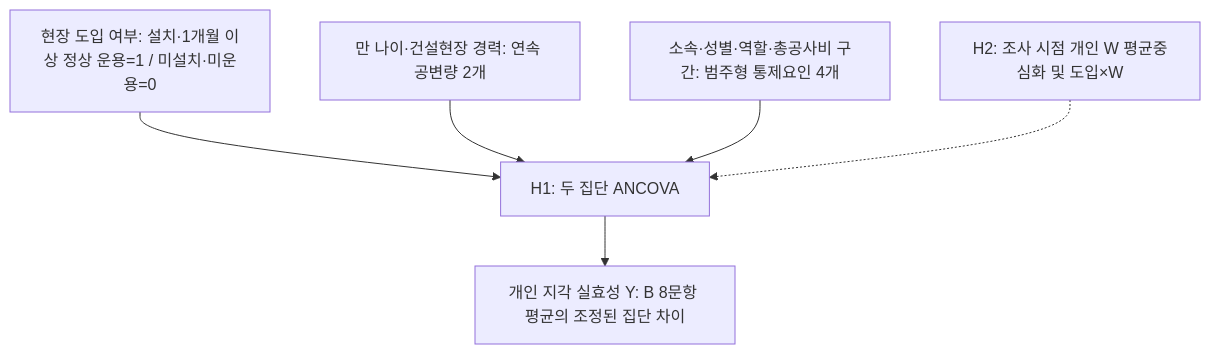
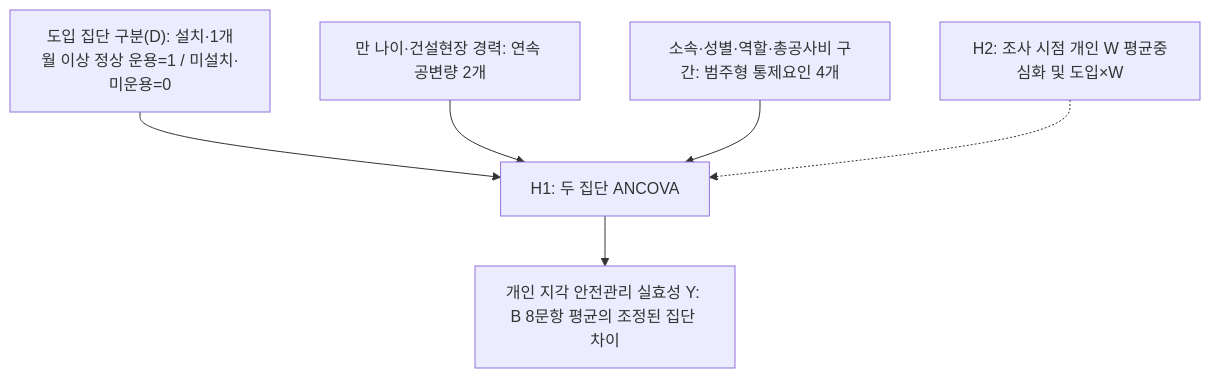
Before and after one commit to yoonhyuk12/ggthesis: the diagram in 01.docs/04_연구설계.md, drawn with Mermaid. The commit also changed other lines of this file and 25 other files, not shown here.

````diff
--- a/01.docs/04_연구설계.md
+++ b/01.docs/04_연구설계.md
@@ -33,8 +33,8 @@
 ```mermaid
 flowchart TB
-  D["현장 도입 여부: 설치·1개월 이상 정상 운용=1 / 미설치·미운용=0"] --> M["H1: 두 집단 ANCOVA"]
+  D["도입 집단 구분(D): 설치·1개월 이상 정상 운용=1 / 미설치·미운용=0"] --> M["H1: 두 집단 ANCOVA"]
   C["만 나이·건설현장 경력: 연속 공변량 2개"] --> M
   Z["소속·성별·역할·총공사비 구간: 범주형 통제요인 4개"] --> M
-  M --> Y["개인 지각 실효성 Y: B 8문항 평균의 조정된 집단 차이"]
+  M --> Y["개인 지각 안전관리 실효성 Y: B 8문항 평균의 조정된 집단 차이"]
   W["H2: 조사 시점 개인 W 평균중심화 및 도입×W"] -.-> M
 ```
````
